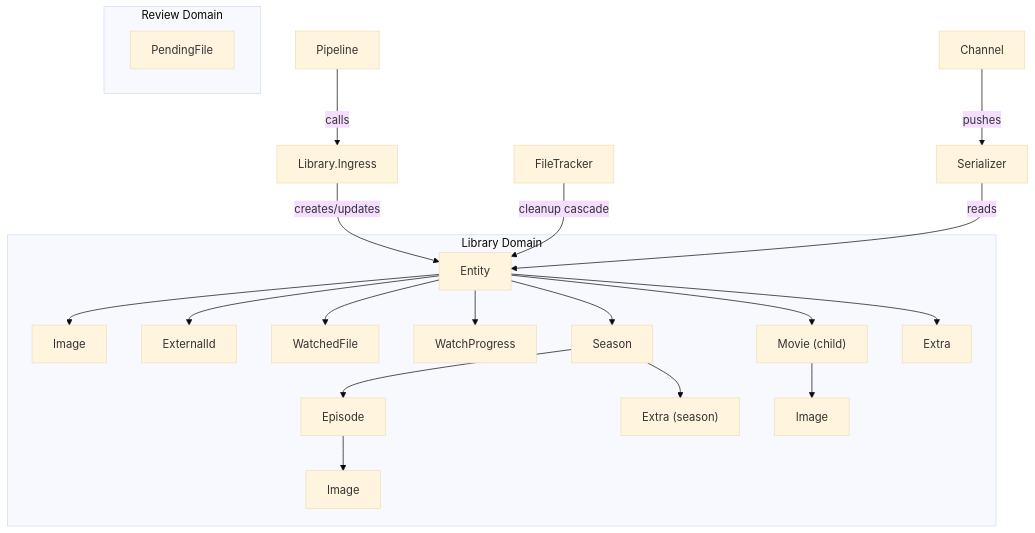
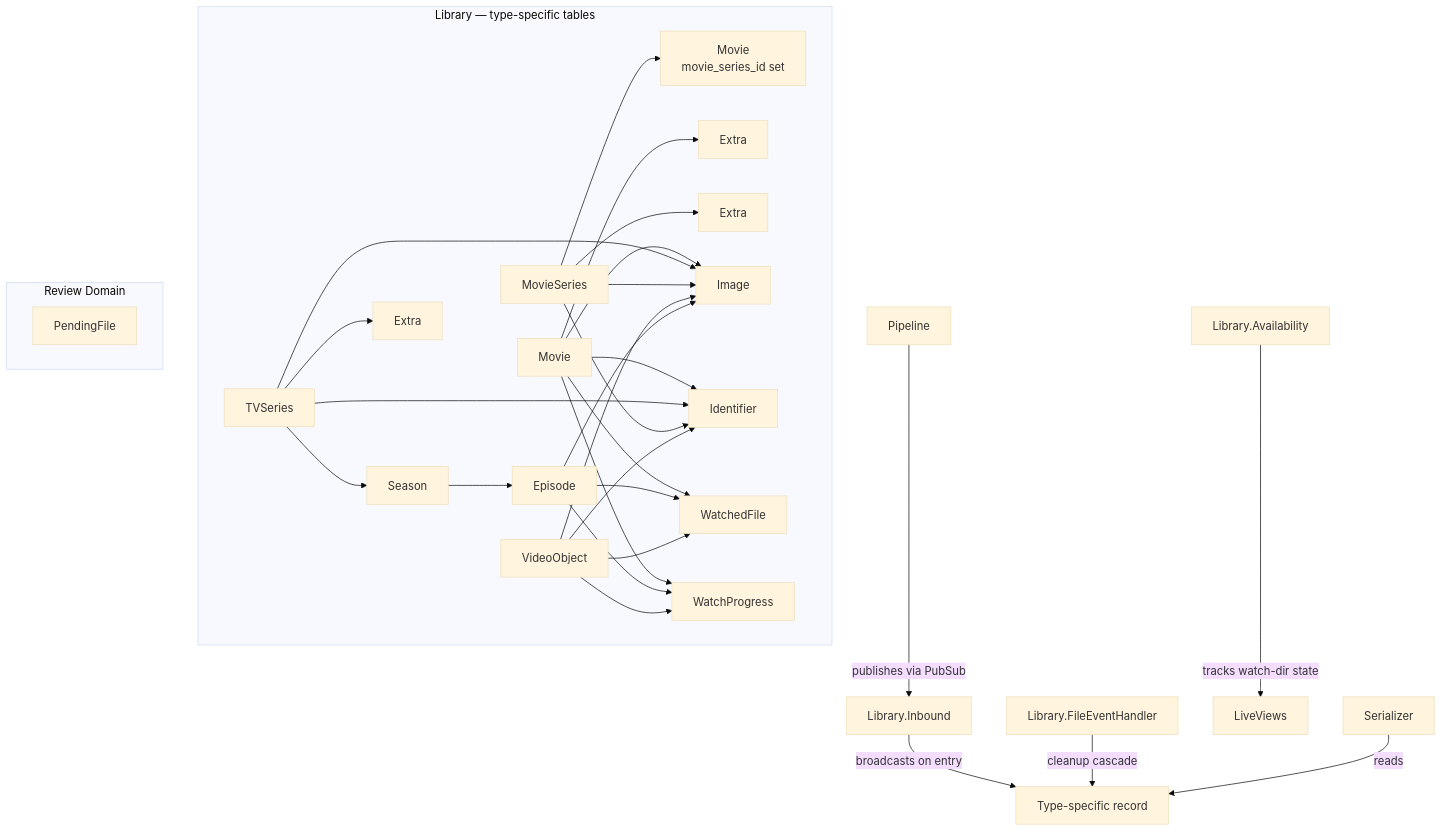
Before and after one commit to media-centaur/media-centaur: the first of 2 diagrams in docs/library.md, drawn with Mermaid (base theme). The commit also changed other lines of this file and 7 other files, not shown here.

Commit message:
docs: refresh architecture, subsystem, and image-caching reference docs

````diff
--- a/docs/library.md
+++ b/docs/library.md
@@ -19,26 +22,45 @@
 ```mermaid
 graph TD
-    subgraph "Library Domain"
-        Entity --> Image
-        Entity --> ExternalId
-        Entity --> WatchedFile
-        Entity --> WatchProgress
-        Entity --> Season
-        Entity --> Movie["Movie (child)"]
-        Entity --> Extra
+    subgraph "Library — type-specific tables"
+        Movie[Movie]
+        TVSeries[TVSeries]
+        MovieSeries[MovieSeries]
+        VideoObject[VideoObject]
+
+        TVSeries --> Season
         Season --> Episode
-        Season --> ExtraS["Extra (season)"]
-        Episode --> EpImage[Image]
-        Movie --> MImage[Image]
+        MovieSeries --> ChildMovie[Movie<br/>movie_series_id set]
+        Movie --> Extra
+        TVSeries --> ExtraTV[Extra]
+        MovieSeries --> ExtraMS[Extra]
+
+        Movie --> Image
+        TVSeries --> Image
+        MovieSeries --> Image
+        VideoObject --> Image
+        Episode --> Image
+
+        Movie --> Identifier
+        TVSeries --> Identifier
+        MovieSeries --> Identifier
+        VideoObject --> Identifier
+
+        Movie --> WatchedFile
+        Episode --> WatchedFile
+        VideoObject --> WatchedFile
+
+        Movie --> WatchProgress
+        Episode --> WatchProgress
+        VideoObject --> WatchProgress
     end
 
     subgraph "Review Domain"
         PendingFile
     end
 
-    Ingress[Library.Ingress] -->|creates/updates| Entity
-    Pipeline -->|calls| Ingress
-    FileTracker -->|cleanup cascade| Entity
-    Serializer -->|reads| Entity
-    Channel -->|pushes| Serializer
+    Inbound[Library.Inbound] -->|broadcasts on entry| TopRecord[Type-specific record]
+    Pipeline -->|publishes via PubSub| Inbound
+    FileEventHandler[Library.FileEventHandler] -->|cleanup cascade| TopRecord
+    Availability[Library.Availability] -->|tracks watch-dir state| LiveViews
+    Serializer -->|reads| TopRecord
 ```
````
